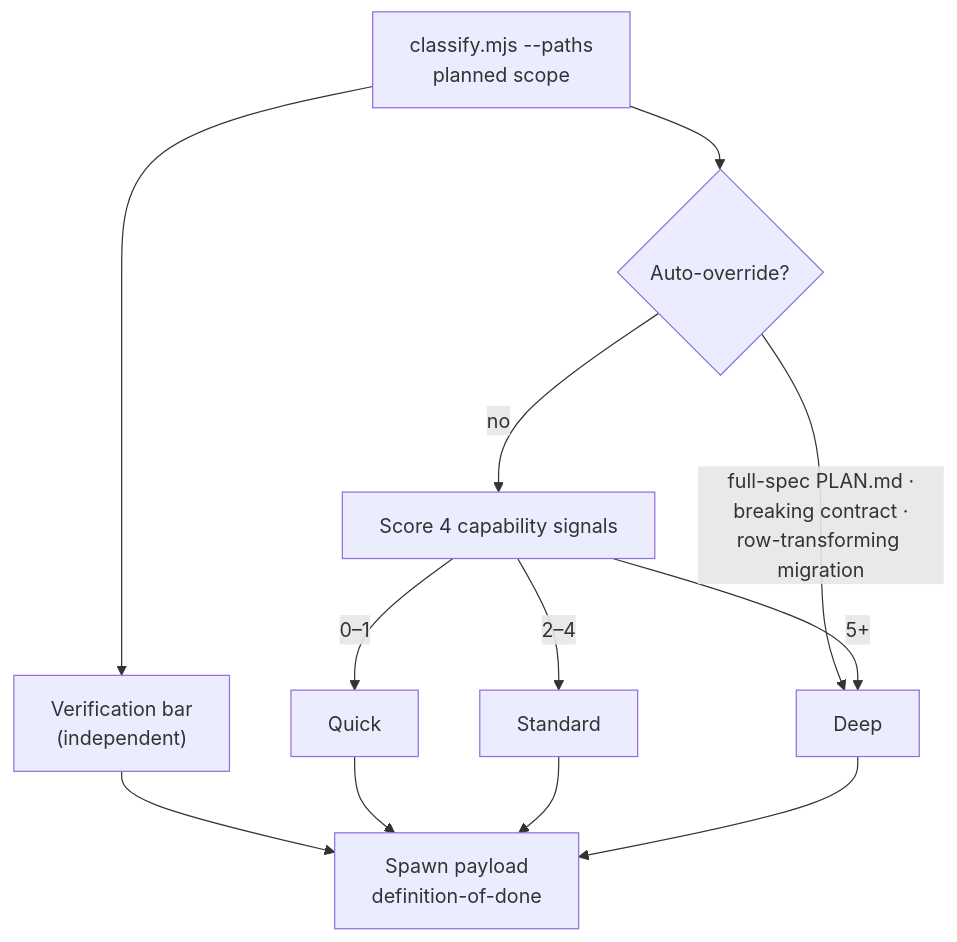
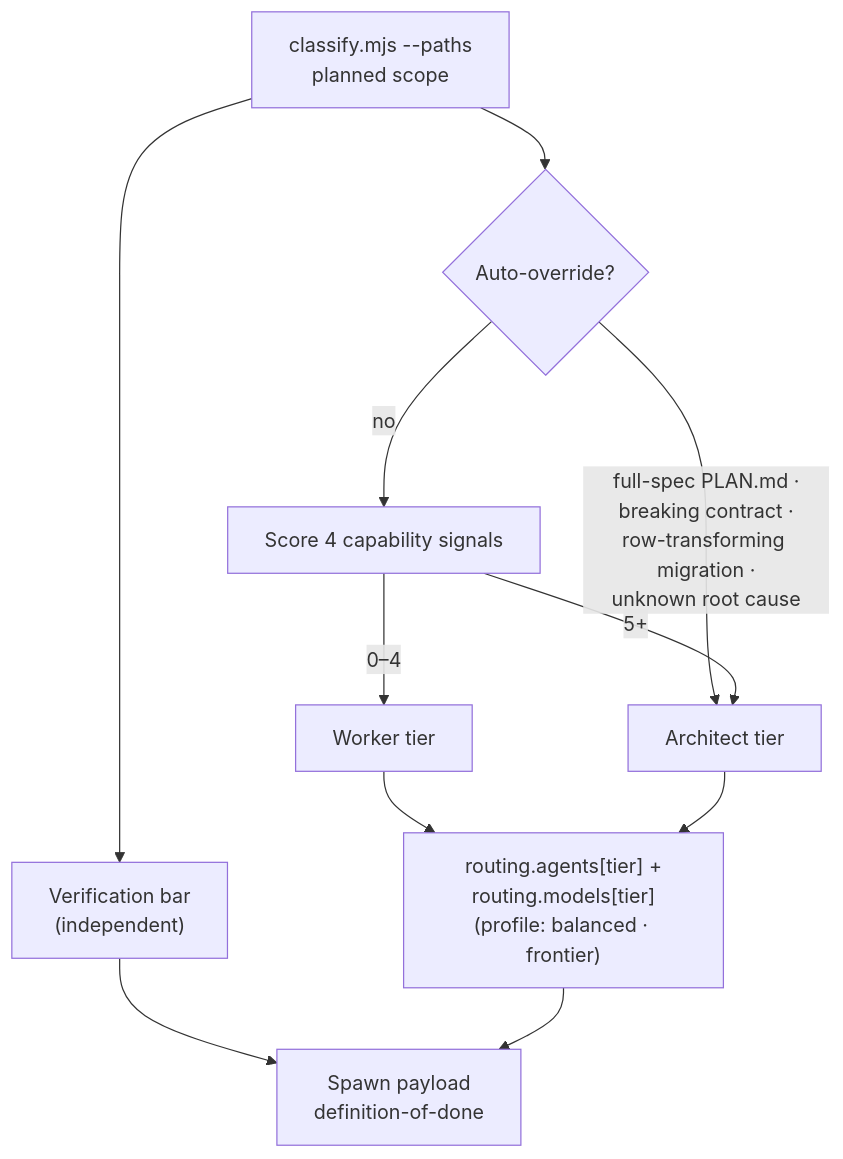
Before and after one commit to tammai/bigin-skills: the first of 2 diagrams in docs/ROUTING.md, drawn with Mermaid. The commit also changed other lines of this file and 34 other files, not shown here.

````diff
--- a/docs/ROUTING.md
+++ b/docs/ROUTING.md
@@ -32,15 +32,15 @@
 ```mermaid
 flowchart TD
     A["classify.mjs --paths<br/>planned scope"] --> B{"Auto-override?"}
-    B -->|"full-spec PLAN.md ·<br/>breaking contract ·<br/>row-transforming migration"| D["Deep"]
+    B -->|"full-spec PLAN.md ·<br/>breaking contract ·<br/>row-transforming migration ·<br/>unknown root cause"| AR["Architect tier"]
     B -->|no| C["Score 4 capability signals"]
-    C -->|"0–1"| Q["Quick"]
-    C -->|"2–4"| S["Standard"]
-    C -->|"5+"| D
+    C -->|"0–4"| W["Worker tier"]
+    C -->|"5+"| AR
+
+    W --> R["routing.agents[tier] +<br/>routing.models[tier]<br/>(profile: balanced · frontier)"]
+    AR --> R
 
     A --> V["Verification bar<br/>(independent)"]
     V --> P["Spawn payload<br/>definition-of-done"]
-    Q --> P
-    S --> P
-    D --> P
+    R --> P
 ```
````
